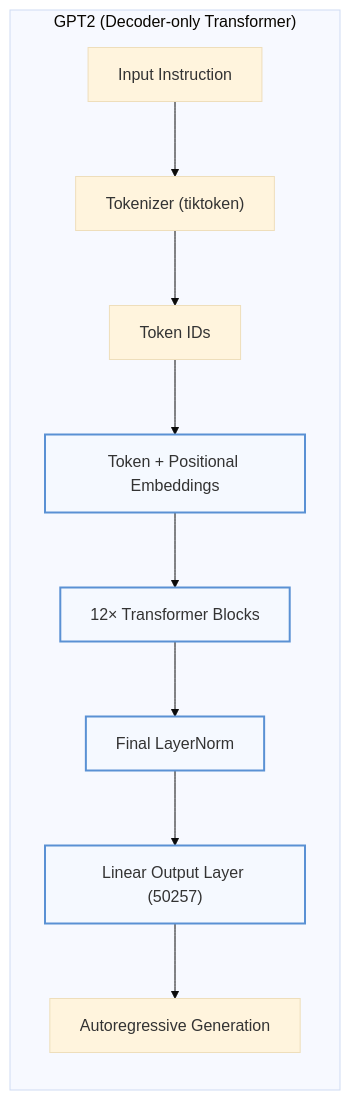
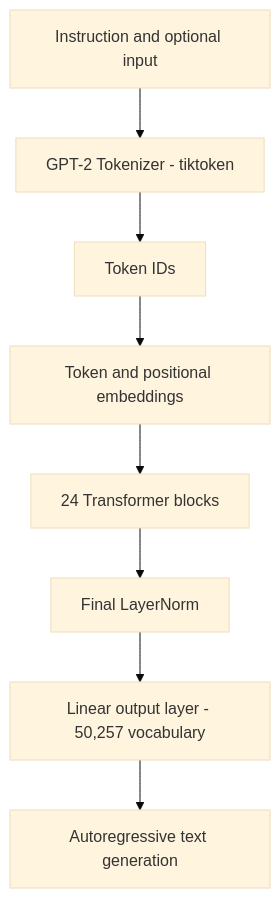
One commit to syed-masood-pro/Instruction-Tuned-GPT-style-Transformer-from-Scratch changed the diagram in README.md. Above: the diagram before and after it, drawn with Mermaid (base theme). The commit also changed other lines of this file, not shown here.

````diff
--- a/README.md
+++ b/README.md
@@ -60,18 +66,10 @@
 ```mermaid
 flowchart TD
-    classDef gpt fill:#f5f9ff,stroke:#5a91d4,stroke-width:2px,color:#333;
-
-    subgraph "GPT2 (Decoder-only Transformer)"
-        direction TB
-        A["Input Instruction"] --> B["Tokenizer (tiktoken)"]
-        B --> C["Token IDs"]
-        C --> D["Token + Positional Embeddings"]
-        D --> E["12× Transformer Blocks"]
-        E --> F["Final LayerNorm"]
-        F --> G["Linear Output Layer (50257)"]
-        G --> H["Autoregressive Generation"]
-        
-        class D,E,F,G gpt
-    end
-
+    A[Instruction and optional input] --> B[GPT-2 Tokenizer - tiktoken]
+    B --> C[Token IDs]
+    C --> D[Token and positional embeddings]
+    D --> E[24 Transformer blocks]
+    E --> F[Final LayerNorm]
+    F --> G[Linear output layer - 50,257 vocabulary]
+    G --> H[Autoregressive text generation]
 ```
````
